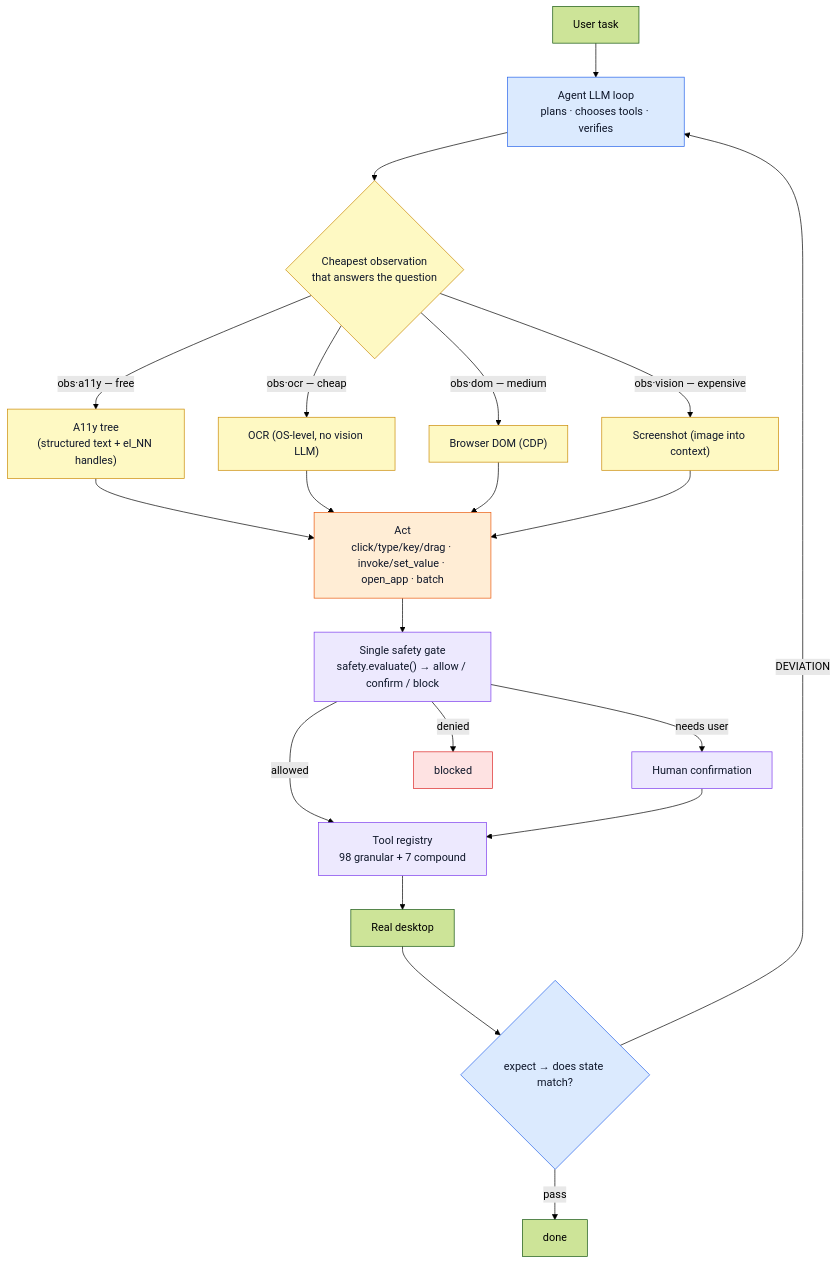
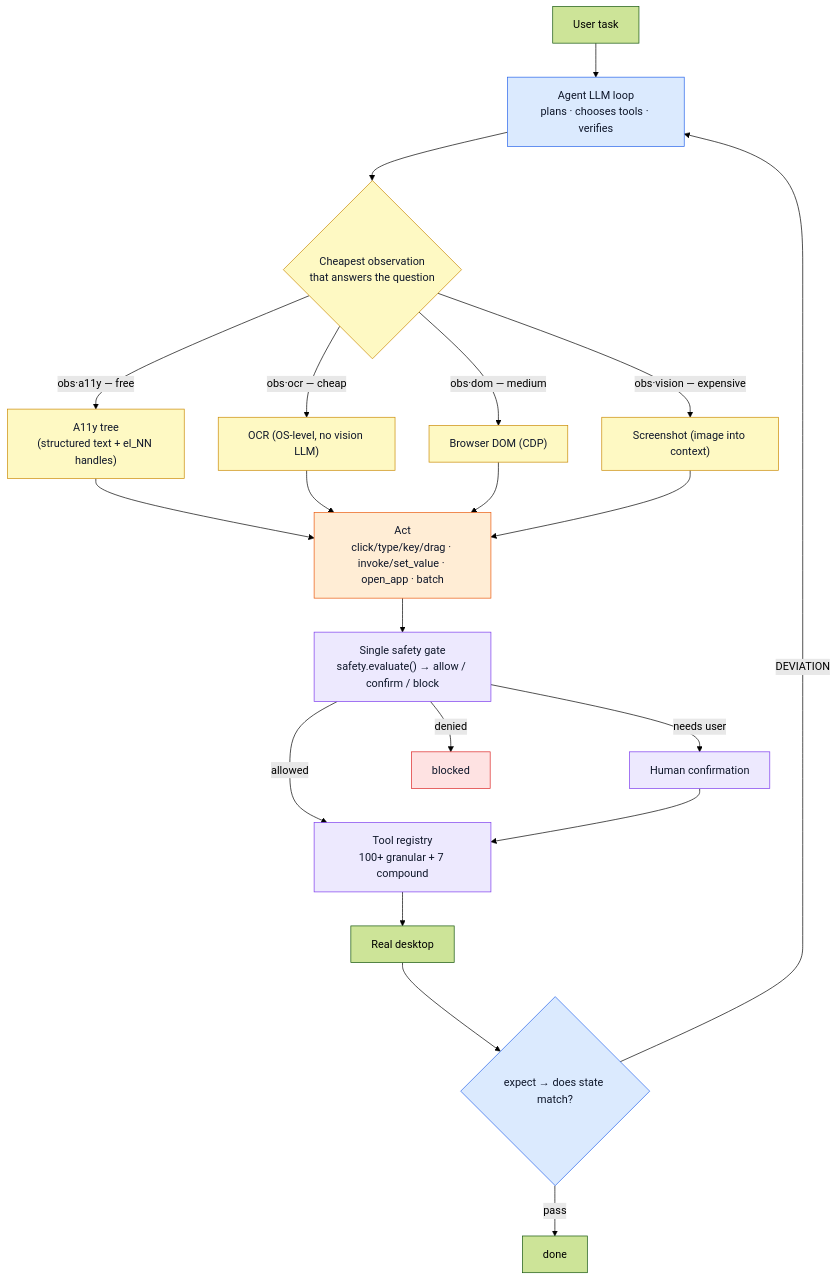
One commit to AmrDab/clawdcursor changed the diagram in README.md. Above: the diagram before and after it, drawn with Mermaid (forest theme). The commit also changed other lines of this file and 14 other files, not shown here.

````diff
--- a/README.md
+++ b/README.md
@@ -312,36 +319,36 @@
 ```mermaid
 flowchart TB
     task["User task"] --> loop["Agent LLM loop<br/>plans · chooses tools · verifies"]
     loop --> observe{"Cheapest observation<br/>that answers the question"}
 
     observe -- "obs·a11y — free" --> a11y["A11y tree<br/>(structured text + el_NN handles)"]
     observe -- "obs·ocr — cheap" --> ocr["OCR (OS-level, no vision LLM)"]
     observe -- "obs·dom — medium" --> dom["Browser DOM (CDP)"]
     observe -- "obs·vision — expensive" --> vision["Screenshot (image into context)"]
 
     a11y --> act
     ocr --> act
     dom --> act
     vision --> act
 
     act["Act<br/>click/type/key/drag · invoke/set_value · open_app · batch"] --> safety
-    safety["Single safety gate<br/>safety.evaluate() → allow / confirm / block"] -- allowed --> tools["Tool registry<br/>98 granular + 7 compound"]
+    safety["Single safety gate<br/>safety.evaluate() → allow / confirm / block"] -- allowed --> tools["Tool registry<br/>100+ granular + 7 compound"]
     safety -- needs user --> confirm["Human confirmation"] --> tools
     safety -- denied --> blocked["blocked"]
 
     tools --> desktop["Real desktop"]
     desktop --> verify{"expect → does state match?"}
     verify -- pass --> done["done"]
     verify -- "DEVIATION" --> loop
 
     classDef agentNode fill:#dbeafe,stroke:#2563eb,color:#0f172a;
     classDef gate fill:#ede9fe,stroke:#7c3aed,color:#0f172a;
     classDef obsNode fill:#fef9c3,stroke:#ca8a04,color:#0f172a;
     classDef actNode fill:#ffedd5,stroke:#ea580c,color:#0f172a;
     classDef stop fill:#fee2e2,stroke:#dc2626,color:#0f172a;
     class loop,verify agentNode;
     class safety,confirm,tools gate;
     class observe,a11y,ocr,dom,vision obsNode;
     class act actNode;
     class blocked stop;
 ```
````
